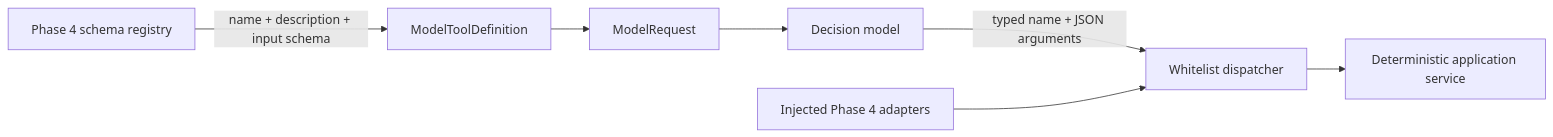
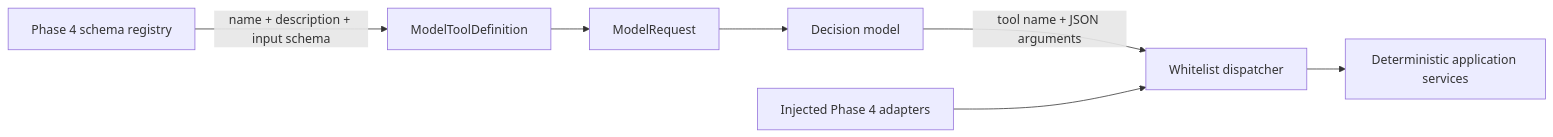
One commit to spolovynko/travelops-recovery-agent changed the fourth of 8 diagrams in docs/notes/phase-6.md. Above: the diagram before and after it, drawn with Mermaid. The commit also changed other lines of this file and 25 other files, not shown here.

````diff
--- a/docs/notes/phase-6.md
+++ b/docs/notes/phase-6.md
@@ -101,9 +119,9 @@
 ```mermaid
 flowchart LR
     REG["Phase 4 schema registry"] -->|"name + description + input schema"| DEF["ModelToolDefinition"]
     DEF --> REQUEST["ModelRequest"]
     REQUEST --> MODEL["Decision model"]
-    MODEL -->|"typed name + JSON arguments"| DISPATCH["Whitelist dispatcher"]
+    MODEL -->|"tool name + JSON arguments"| DISPATCH["Whitelist dispatcher"]
     ADAPTERS["Injected Phase 4 adapters"] --> DISPATCH
-    DISPATCH --> SERVICE["Deterministic application service"]
+    DISPATCH --> SERVICES["Deterministic application services"]
 ```
````
